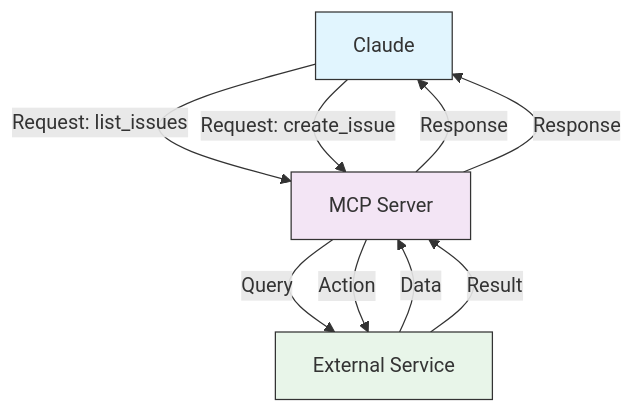
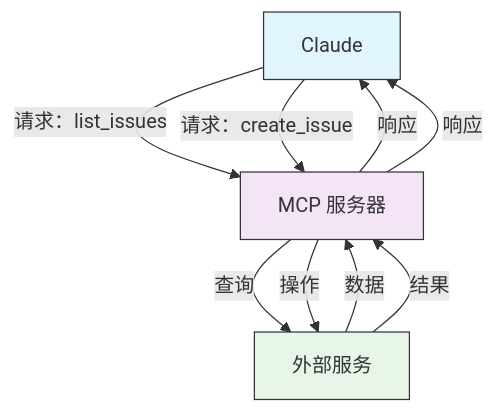
The first of 7 diagrams in 05-mcp/README.md (wgqi1126/claude-howto-zh-cn), drawn with Mermaid before and after one commit. The commit also changed other lines of this file and 49 other files, not shown here.

````diff
--- a/05-mcp/README.md
+++ b/05-mcp/README.md
@@ -25,20 +25,20 @@
 ```mermaid
 graph TB
     A["Claude"]
-    B["MCP Server"]
-    C["External Service"]
+    B["MCP 服务器"]
+    C["外部服务"]
 
-    A -->|Request: list_issues| B
-    B -->|Query| C
-    C -->|Data| B
-    B -->|Response| A
+    A -->|请求：list_issues| B
+    B -->|查询| C
+    C -->|数据| B
+    B -->|响应| A
 
-    A -->|Request: create_issue| B
-    B -->|Action| C
-    C -->|Result| B
-    B -->|Response| A
+    A -->|请求：create_issue| B
+    B -->|操作| C
+    C -->|结果| B
+    B -->|响应| A
 
     style A fill:#e1f5fe,stroke:#333,color:#333
     style B fill:#f3e5f5,stroke:#333,color:#333
     style C fill:#e8f5e9,stroke:#333,color:#333
 ```
````
